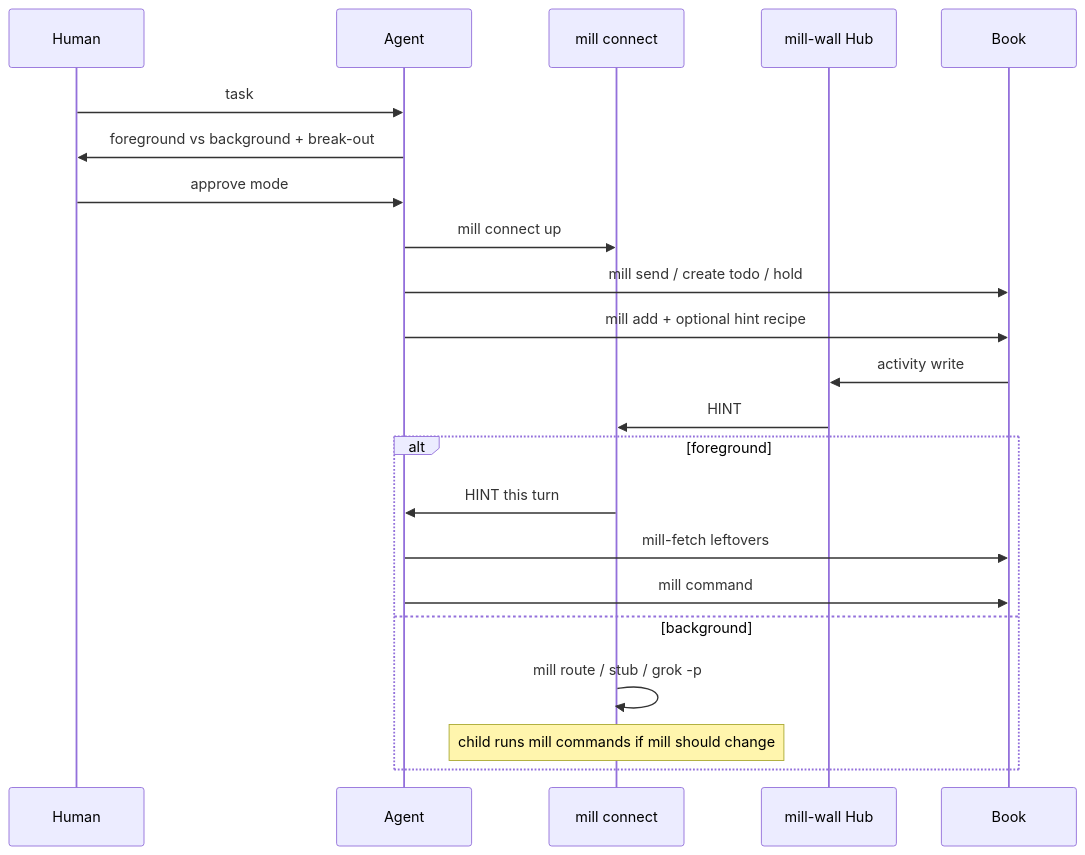
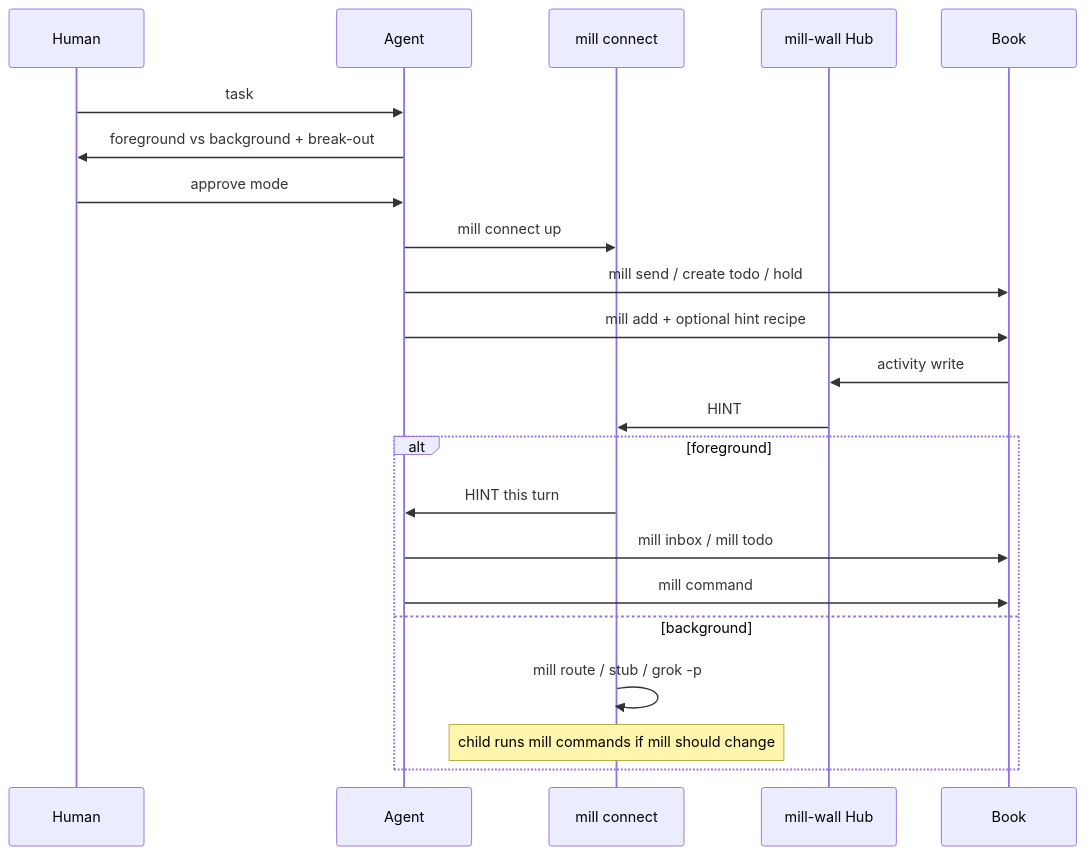
One commit to si4ai/the-mill changed the fourth of 4 diagrams in docs/protocol/connect.md. Above: the diagram before and after it, drawn with Mermaid. The commit also changed other lines of this file and 20 other files, not shown here.

````diff
--- a/docs/protocol/connect.md
+++ b/docs/protocol/connect.md
@@ -103,24 +103,24 @@
 ```mermaid
 sequenceDiagram
   participant Human
   participant Agent
   participant MC as mill connect
   participant Hub as mill-wall Hub
   participant Book
   Human->>Agent: task
   Agent->>Human: foreground vs background + break-out
   Human->>Agent: approve mode
   Agent->>MC: mill connect up
   Agent->>Book: mill send / create todo / hold
   Agent->>Book: mill add + optional hint recipe
   Book->>Hub: activity write
   Hub->>MC: HINT
   alt foreground
     MC->>Agent: HINT this turn
-    Agent->>Book: mill-fetch leftovers
+    Agent->>Book: mill inbox / mill todo
     Agent->>Book: mill command
   else background
     MC->>MC: mill route / stub / grok -p
     Note over MC: child runs mill commands if mill should change
   end
 ```
````
